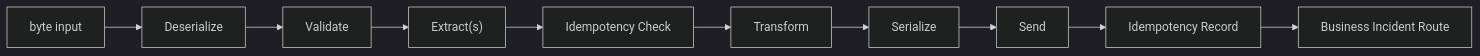
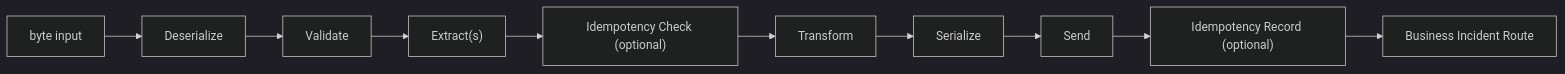
The diagram in docs/blocks/extractor.md (integrio-intropy/intropy-framework), drawn with Mermaid (dark theme) before and after one commit. The commit also changed other lines of this file and 19 other files, not shown here.

First line of the commit message:
feat(extractor,loader): make idempotency optional

````diff
--- a/docs/blocks/extractor.md
+++ b/docs/blocks/extractor.md
@@ -7,12 +7,12 @@
 ```mermaid
 graph LR
     A[byte input] --> B[Deserialize]
     B --> C[Validate]
     C --> D["Extract(s)"]
-    D --> E[Idempotency Check]
+    D --> E["Idempotency Check (optional)"]
     E --> F[Transform]
     F --> G[Serialize]
     G --> H[Send]
-    H --> I[Idempotency Record]
+    H --> I["Idempotency Record (optional)"]
     I --> J[Business Incident Route]
 ```
````
